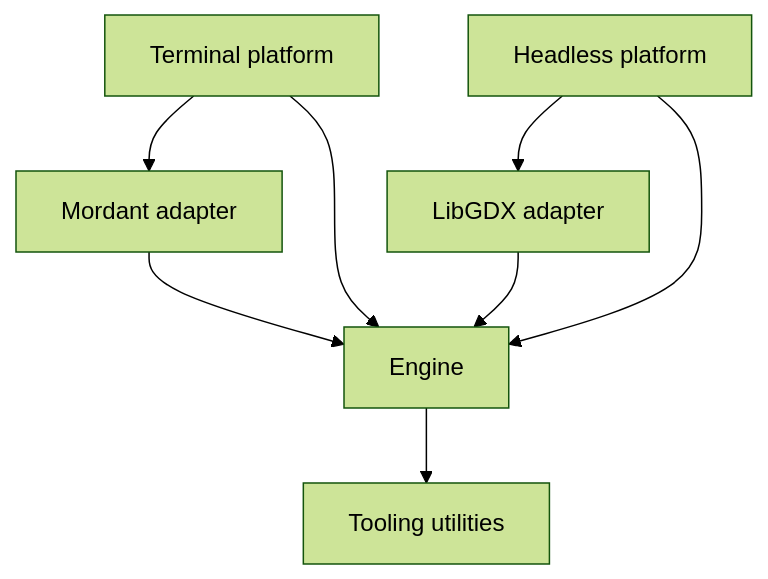
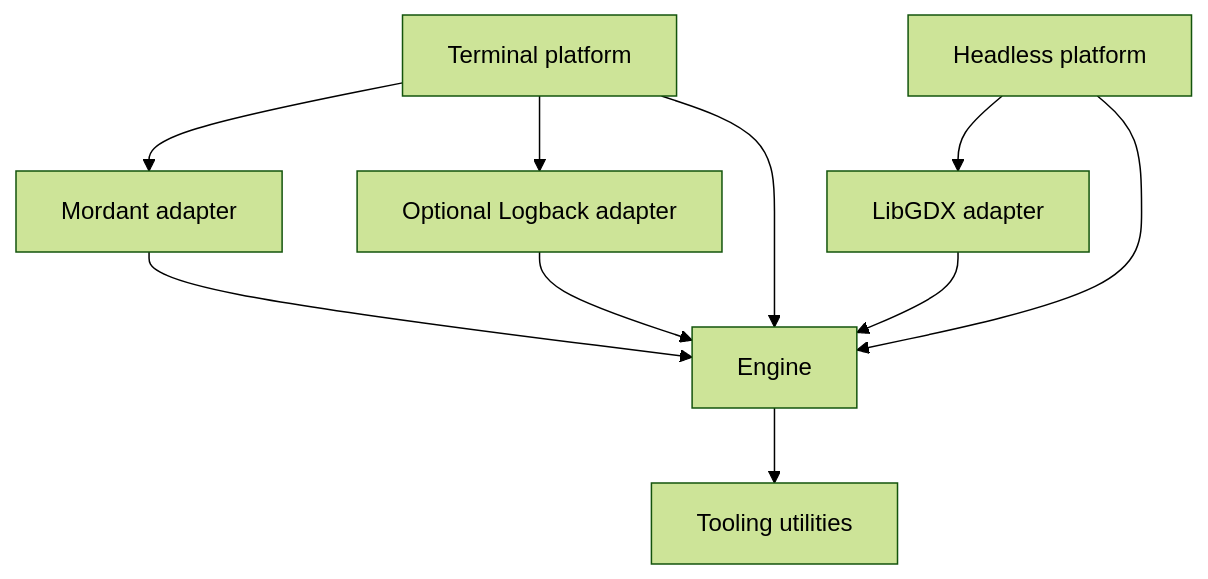
The diagram in markdown/engine-details/engine-architecture.md (canopyengine/canopy-docs), drawn with Mermaid (forest theme) before and after one commit. The commit also changed other lines of this file and 37 other files, not shown here.

````diff
--- a/markdown/engine-details/engine-architecture.md
+++ b/markdown/engine-details/engine-architecture.md
@@ -29,10 +33,12 @@
 ```mermaid
 flowchart TD
   terminal[Terminal platform] --> mordant[Mordant adapter]
+  terminal --> logback[Optional Logback adapter]
+  logback --> engine
   headless[Headless platform] --> libgdx[LibGDX adapter]
   terminal --> engine[Engine]
   headless --> engine
   mordant --> engine
   libgdx --> engine
   engine --> utils[Tooling utilities]
 ```
````
